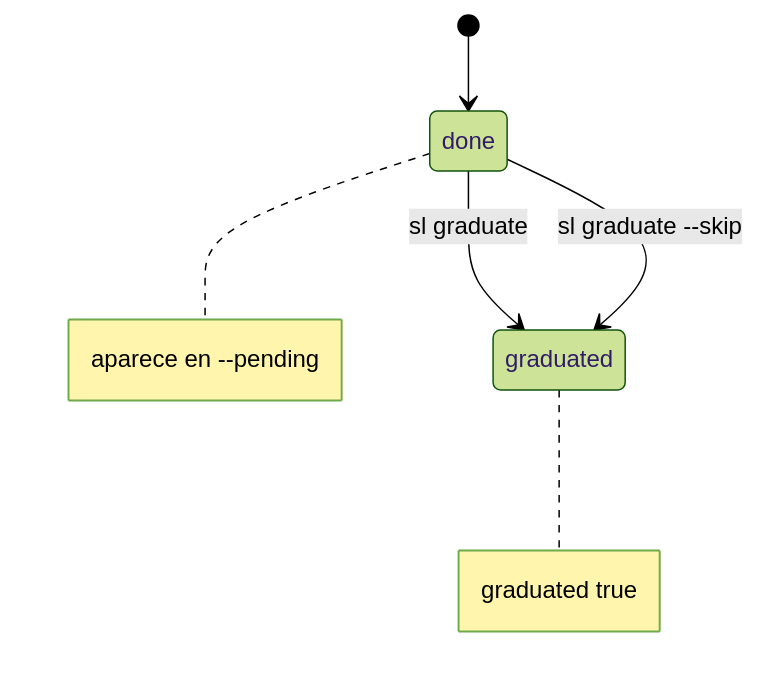
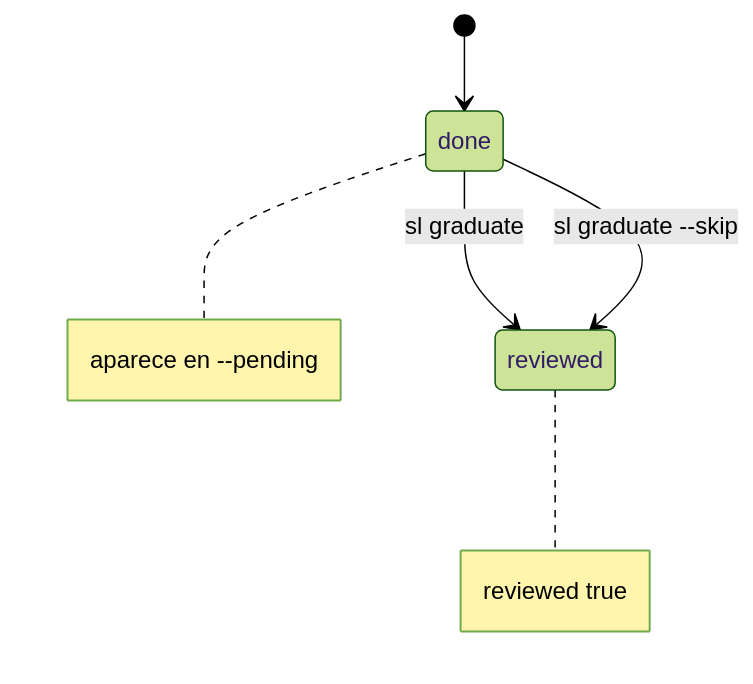
Before and after one commit to rarc88/changeledger: the diagram in .sl/changes/20260614-165720-graduation-tracking.md, drawn with Mermaid (forest theme). The commit also changed other lines of this file, not shown here.

Commit message:
docs(sl): rename graduation flag to reviewed [#20260614-165720]

````diff
--- a/.sl/changes/20260614-165720-graduation-tracking.md
+++ b/.sl/changes/20260614-165720-graduation-tracking.md
@@ -66,8 +70,8 @@
 ```mermaid
 stateDiagram-v2
   [*] --> done
-  done --> graduated: sl graduate <id> <spec>
-  done --> graduated: sl graduate <id> --skip
+  done --> reviewed: sl graduate <id> <spec>
+  done --> reviewed: sl graduate <id> --skip
   note right of done: aparece en --pending
-  note right of graduated: graduated true
+  note right of reviewed: reviewed true
 ```
````
